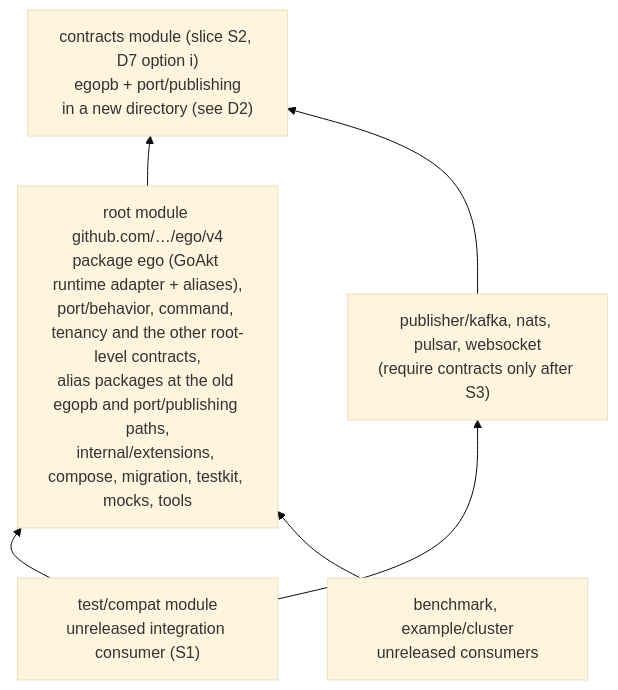
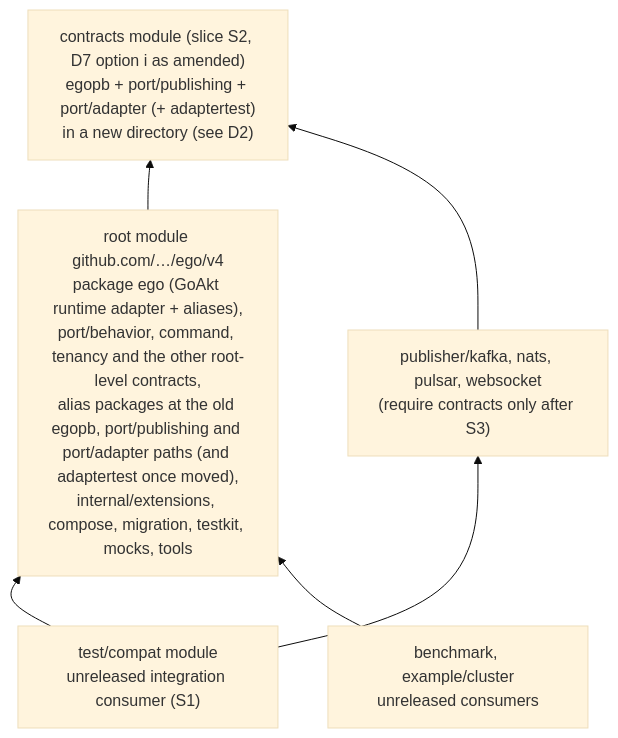
One commit to getsyntegrity/ego changed the diagram in openspec/changes/ego-arch-006/design.md. Above: the diagram before and after it, drawn with Mermaid (base theme). The commit also changed other lines of this file and 1 other file, not shown here.

First line of the commit message:
docs(openspec): amend D7 so the contracts module covers port/adapter (#159) (#168)

````diff
--- a/openspec/changes/ego-arch-006/design.md
+++ b/openspec/changes/ego-arch-006/design.md
@@ -40,14 +40,14 @@
 ```mermaid
 flowchart BT
-  contracts["contracts module (slice S2, D7 option i)<br/>egopb + port/publishing<br/>in a new directory (see D2)"]
-  root["root module github.com/…/ego/v4<br/>package ego (GoAkt runtime adapter + aliases),<br/>port/behavior, command, tenancy and the other root-level contracts,<br/>alias packages at the old egopb and port/publishing paths,<br/>internal/extensions, compose, migration, testkit, mocks, tools"]
+  contracts["contracts module (slice S2, D7 option i as amended)<br/>egopb + port/publishing + port/adapter (+ adaptertest)<br/>in a new directory (see D2)"]
+  root["root module github.com/…/ego/v4<br/>package ego (GoAkt runtime adapter + aliases),<br/>port/behavior, command, tenancy and the other root-level contracts,<br/>alias packages at the old egopb, port/publishing and port/adapter paths (and adaptertest once moved),<br/>internal/extensions, compose, migration, testkit, mocks, tools"]
   pubs["publisher/kafka, nats, pulsar, websocket<br/>(require contracts only after S3)"]
   compat["test/compat module<br/>unreleased integration consumer (S1)"]
   cons["benchmark, example/cluster<br/>unreleased consumers"]
 
   root --> contracts
   pubs --> contracts
   compat --> root
   compat --> pubs
   cons --> root
 ```
````
